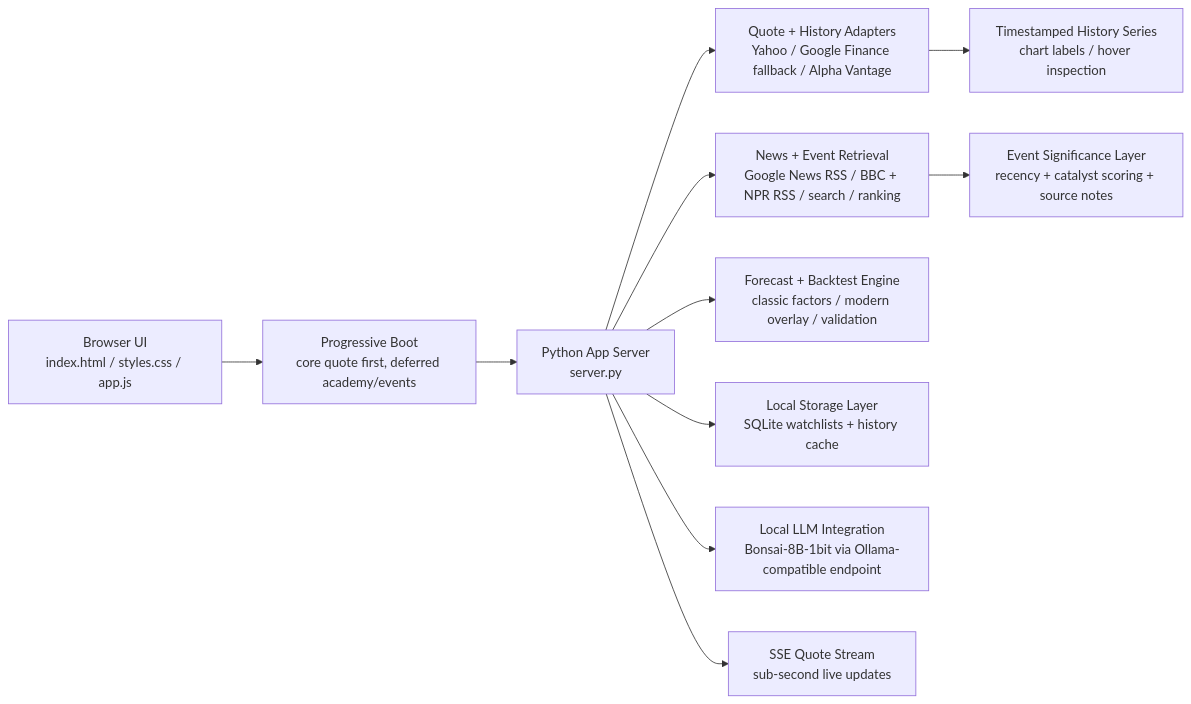
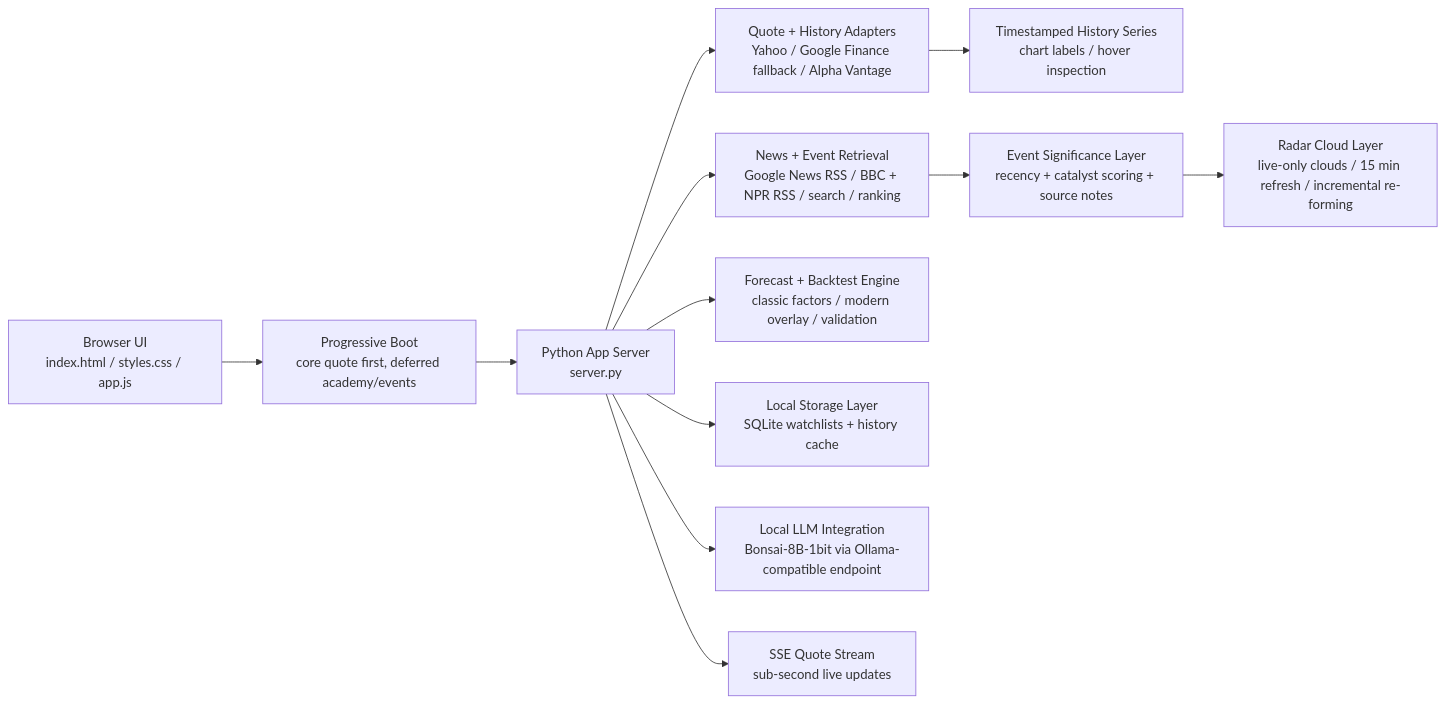
The diagram in README.md (sarsiz/Financial-Market-Dashboard), drawn with Mermaid before and after one commit. The commit also changed other lines of this file and 4 other files, not shown here.

````diff
--- a/README.md
+++ b/README.md
@@ -43,13 +44,14 @@
 ```mermaid
 flowchart LR
   A["Browser UI<br/>index.html / styles.css / app.js"] --> A1["Progressive Boot<br/>core quote first, deferred academy/events"]
   A1 --> B["Python App Server<br/>server.py"]
   B --> C["Quote + History Adapters<br/>Yahoo / Google Finance fallback / Alpha Vantage"]
   B --> D["News + Event Retrieval<br/>Google News RSS / BBC + NPR RSS / search / ranking"]
   B --> E["Forecast + Backtest Engine<br/>classic factors / modern overlay / validation"]
   B --> F["Local Storage Layer<br/>SQLite watchlists + history cache"]
   B --> G["Local LLM Integration<br/>Bonsai-8B-1bit via Ollama-compatible endpoint"]
   B --> H["SSE Quote Stream<br/>sub-second live updates"]
   C --> C1["Timestamped History Series<br/>chart labels / hover inspection"]
   D --> D1["Event Significance Layer<br/>recency + catalyst scoring + source notes"]
+  D1 --> D2["Radar Cloud Layer<br/>live-only clouds / 15 min refresh / incremental re-forming"]
 ```
````
